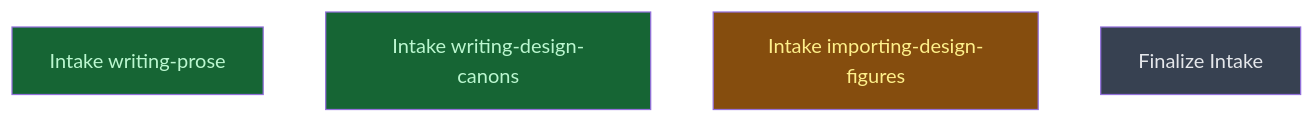
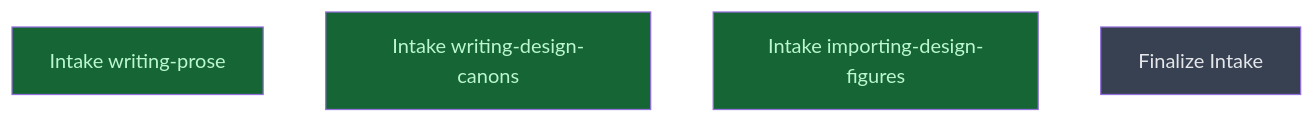
The diagram in __roadmap__/skills_intake_triplet/README.md (CrackingShells/cracking-shells-playbook), drawn with Mermaid before and after one commit. The commit also changed other lines of this file, not shown here.

Commit message:
chore(skills-intake): mark importing-design-figures intake leaf done

````diff
--- a/__roadmap__/skills_intake_triplet/README.md
+++ b/__roadmap__/skills_intake_triplet/README.md
@@ -25,12 +25,12 @@
 ```mermaid
 graph TD
     intake_writing_prose[Intake writing-prose]:::done
     intake_writing_design_canons[Intake writing-design-canons]:::done
-    intake_importing_design_figures[Intake importing-design-figures]:::inprogress
+    intake_importing_design_figures[Intake importing-design-figures]:::done
     finalize[Finalize Intake]:::planned
     classDef done       fill:#166534,color:#bbf7d0
     classDef inprogress fill:#854d0e,color:#fef08a
     classDef planned    fill:#374151,color:#e5e7eb
     classDef amendment  fill:#1e3a5f,color:#bfdbfe
     classDef blocked    fill:#7f1d1d,color:#fecaca
 ```
````
